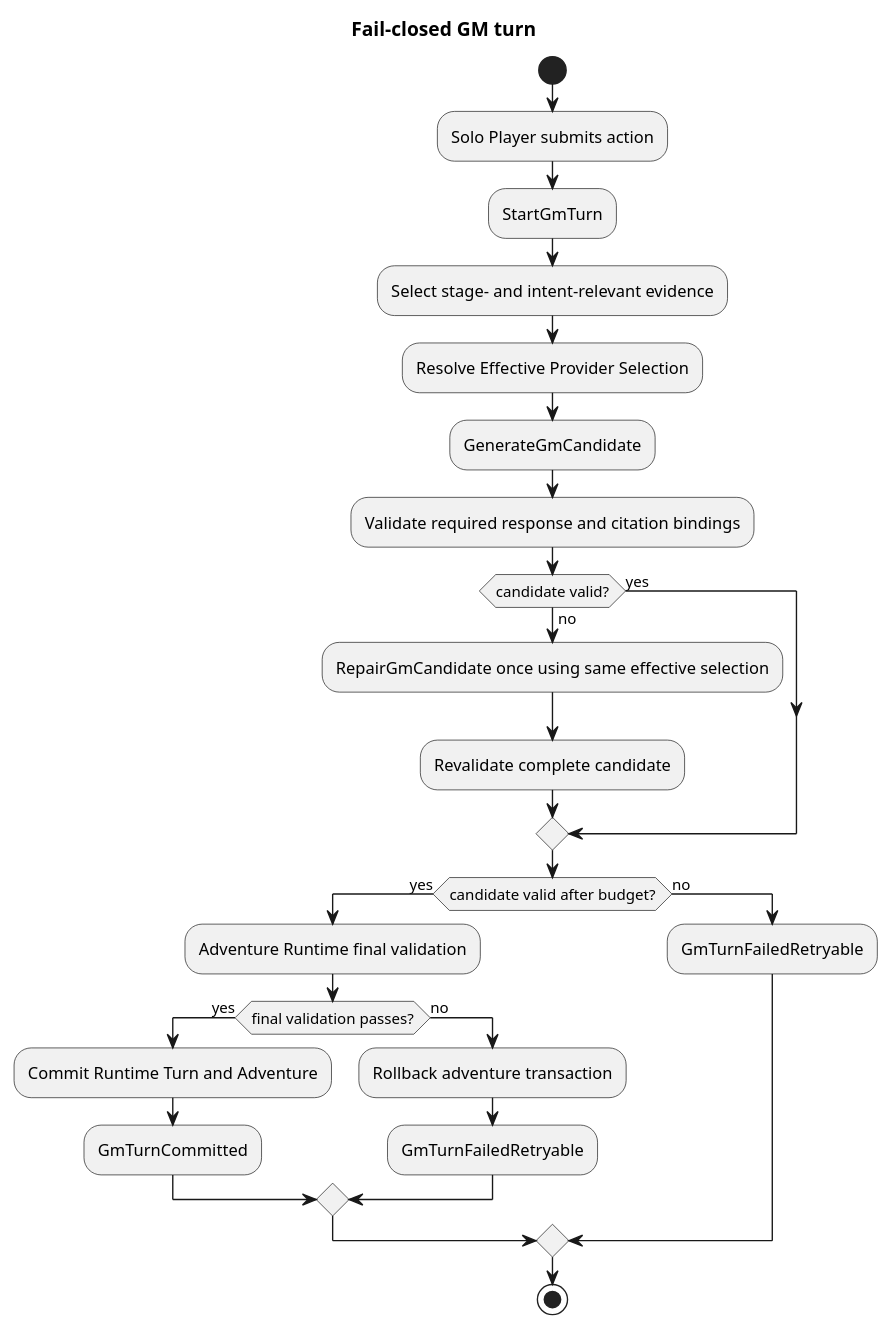
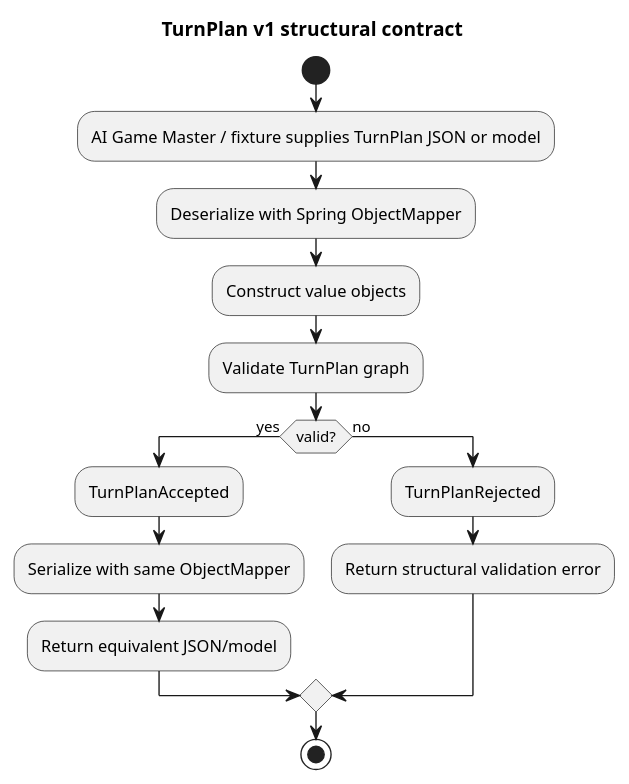
The first of 3 diagrams in docs/specs/architecture-spec.md (omegafrog/dnd-master), drawn with PlantUML before and after one commit. The commit also changed other lines of this file and 3 other files, not shown here.

Commit message:
plan: add TurnPlan structured IR ticket

````diff
--- a/docs/specs/architecture-spec.md
+++ b/docs/specs/architecture-spec.md
@@ -81,30 +37,19 @@
 ```plantuml
 @startuml
-title Fail-closed GM turn
+title TurnPlan v1 structural contract
 start
-:Solo Player submits action;
-:StartGmTurn;
-:Select stage- and intent-relevant evidence;
-:Resolve Effective Provider Selection;
-:GenerateGmCandidate;
-:Validate required response and citation bindings;
-if (candidate valid?) then (yes)
+:AI Game Master / fixture supplies TurnPlan JSON or model;
+:Deserialize with Spring ObjectMapper;
+:Construct value objects;
+:Validate TurnPlan graph;
+if (valid?) then (yes)
+  :TurnPlanAccepted;
+  :Serialize with same ObjectMapper;
+  :Return equivalent JSON/model;
 else (no)
-  :RepairGmCandidate once using same effective selection;
-  :Revalidate complete candidate;
-endif
-if (candidate valid after budget?) then (yes)
-  :Adventure Runtime final validation;
-  if (final validation passes?) then (yes)
-    :Commit Runtime Turn and Adventure;
-    :GmTurnCommitted;
-  else (no)
-    :Rollback adventure transaction;
-    :GmTurnFailedRetryable;
-  endif
-else (no)
-  :GmTurnFailedRetryable;
+  :TurnPlanRejected;
+  :Return structural validation error;
 endif
 stop
 @enduml
 ```
````
